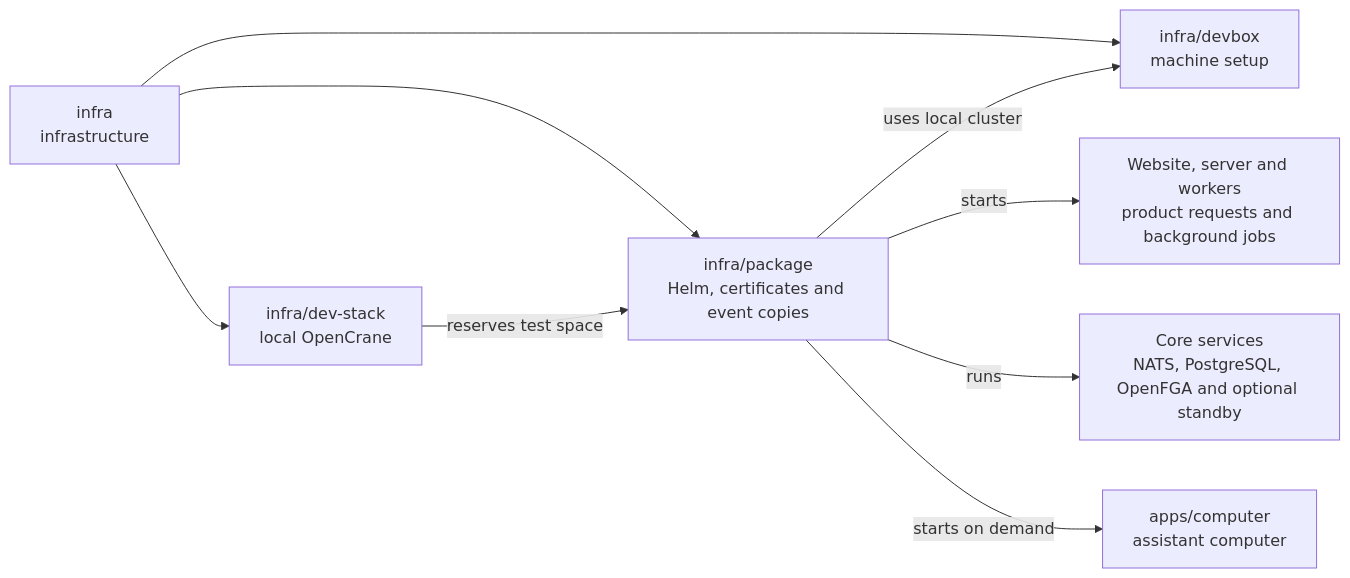
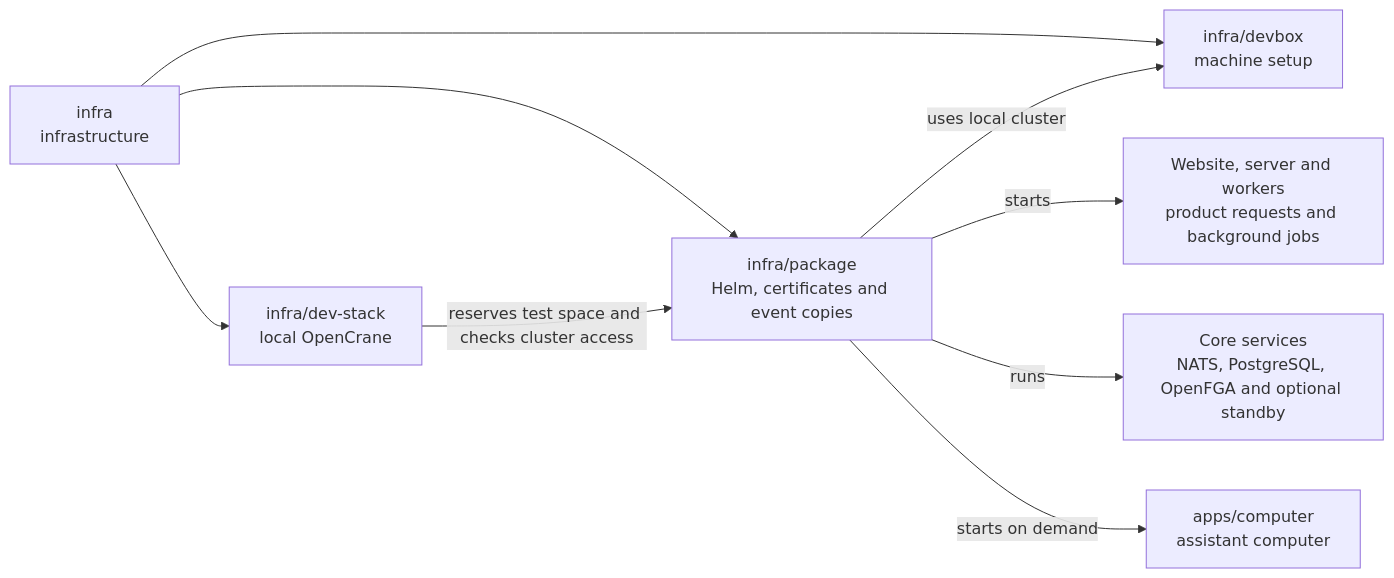
The diagram in infra/package/README.md (elewa-git/opencrane-new), drawn with Mermaid before and after one commit. The commit also changed other lines of this file and 3 other files, not shown here.

````diff
--- a/infra/package/README.md
+++ b/infra/package/README.md
@@ -18,11 +19,11 @@
 ```mermaid
 flowchart LR
   infra["infra<br/>infrastructure"] --> package["infra/package<br/>Helm, certificates and event copies"]
   infra --> stack["infra/dev-stack<br/>local OpenCrane"]
   infra --> devbox["infra/devbox<br/>machine setup"]
-  stack -->|reserves test space| package
+  stack -->|reserves test space and checks cluster access| package
   package -->|uses local cluster| devbox
   package -->|starts| apps["Website, server and workers<br/>product requests and background jobs"]
   package -->|runs| services["Core services<br/>NATS, PostgreSQL, OpenFGA and optional standby"]
   package -->|starts on demand| computer["apps/computer<br/>assistant computer"]
 ```
````
